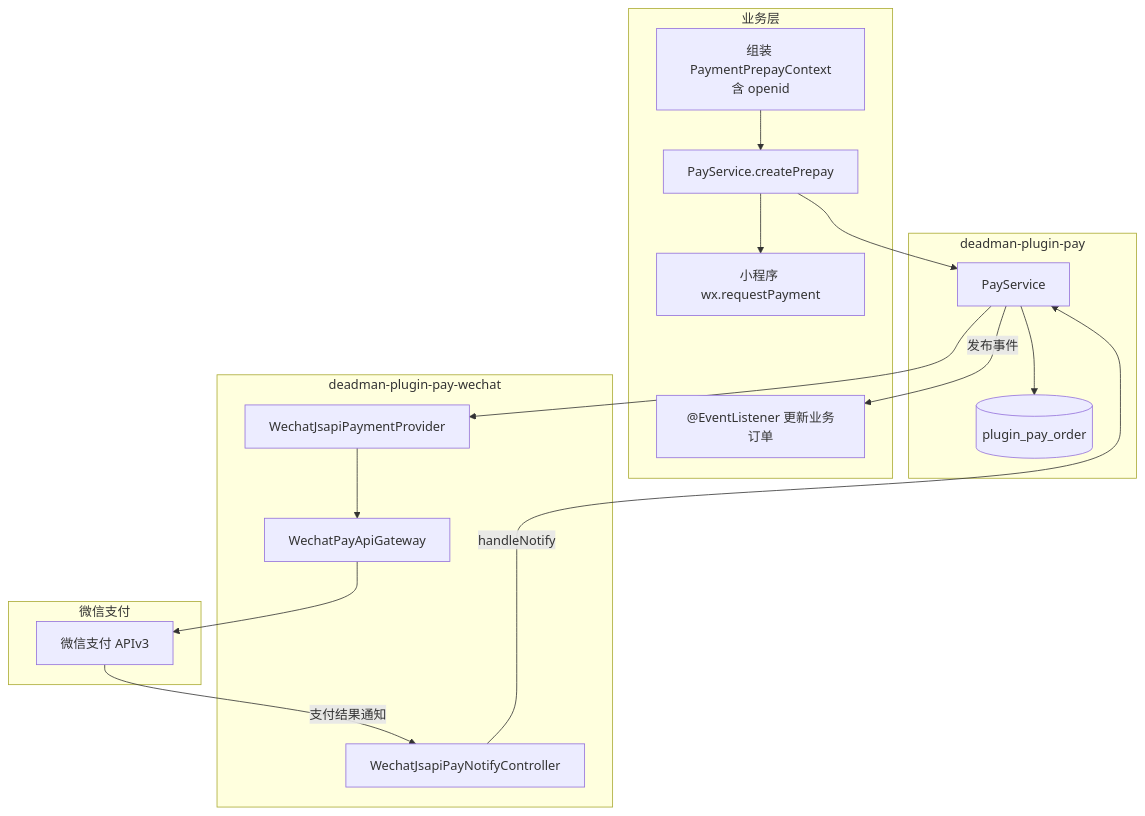
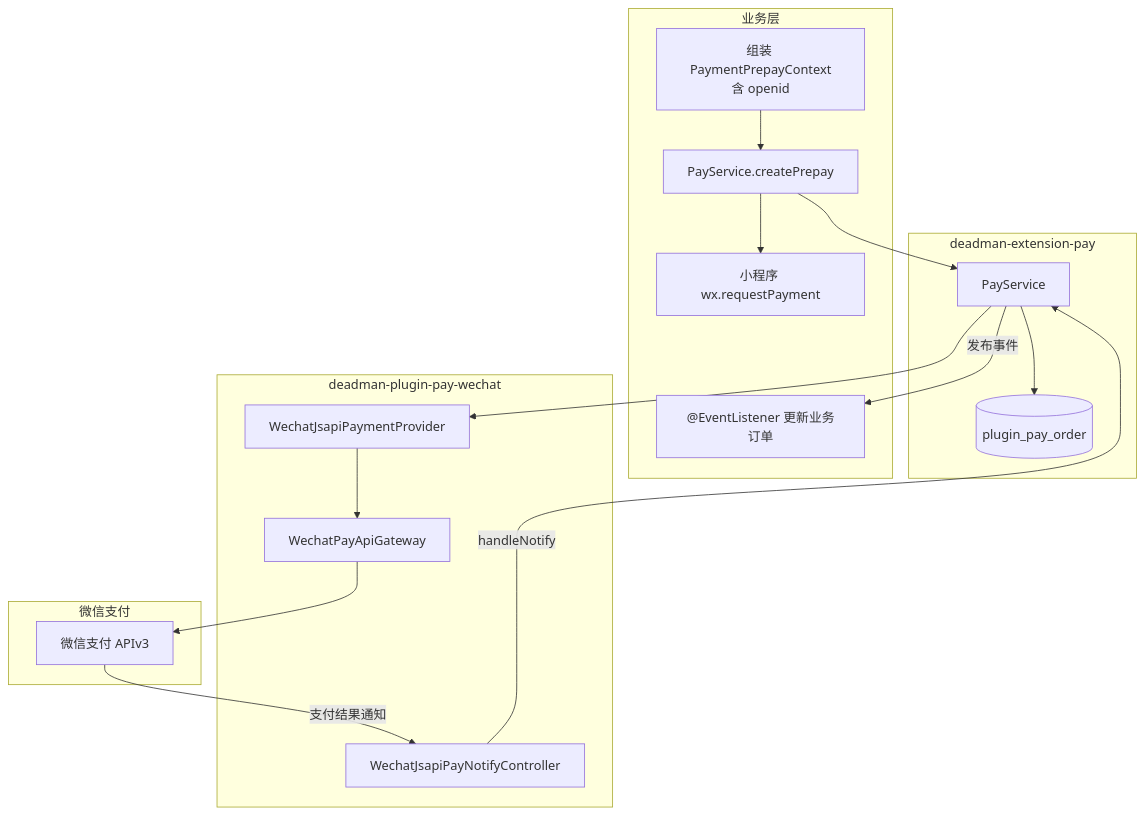
The first of 4 diagrams in plugins/deadman-plugin-pay-wechat/README.md (Xiaojiju/deadman-admin), drawn with Mermaid before and after one commit. The commit also changed other lines of this file and 71 other files, not shown here.

````diff
--- a/plugins/deadman-plugin-pay-wechat/README.md
+++ b/plugins/deadman-plugin-pay-wechat/README.md
@@ -84,33 +84,33 @@
 ```mermaid
 flowchart TB
     subgraph 业务层
         A[组装 PaymentPrepayContext<br/>含 openid]
         B[PayService.createPrepay]
         C[小程序 wx.requestPayment]
         D["@EventListener 更新业务订单"]
     end
 
     subgraph deadman-plugin-pay-wechat
         P[WechatJsapiPaymentProvider]
         G[WechatPayApiGateway]
         N[WechatJsapiPayNotifyController]
     end
 
-    subgraph deadman-plugin-pay
+    subgraph deadman-extension-pay
         PS[PayService]
         DB[(plugin_pay_order)]
     end
 
     subgraph 微信支付
         WX[微信支付 APIv3]
     end
 
     A --> B --> PS
     PS --> P --> G --> WX
     PS --> DB
     B --> C
 
     WX -->|支付结果通知| N
     N -->|handleNotify| PS
     PS -->|发布事件| D
 ```
````
